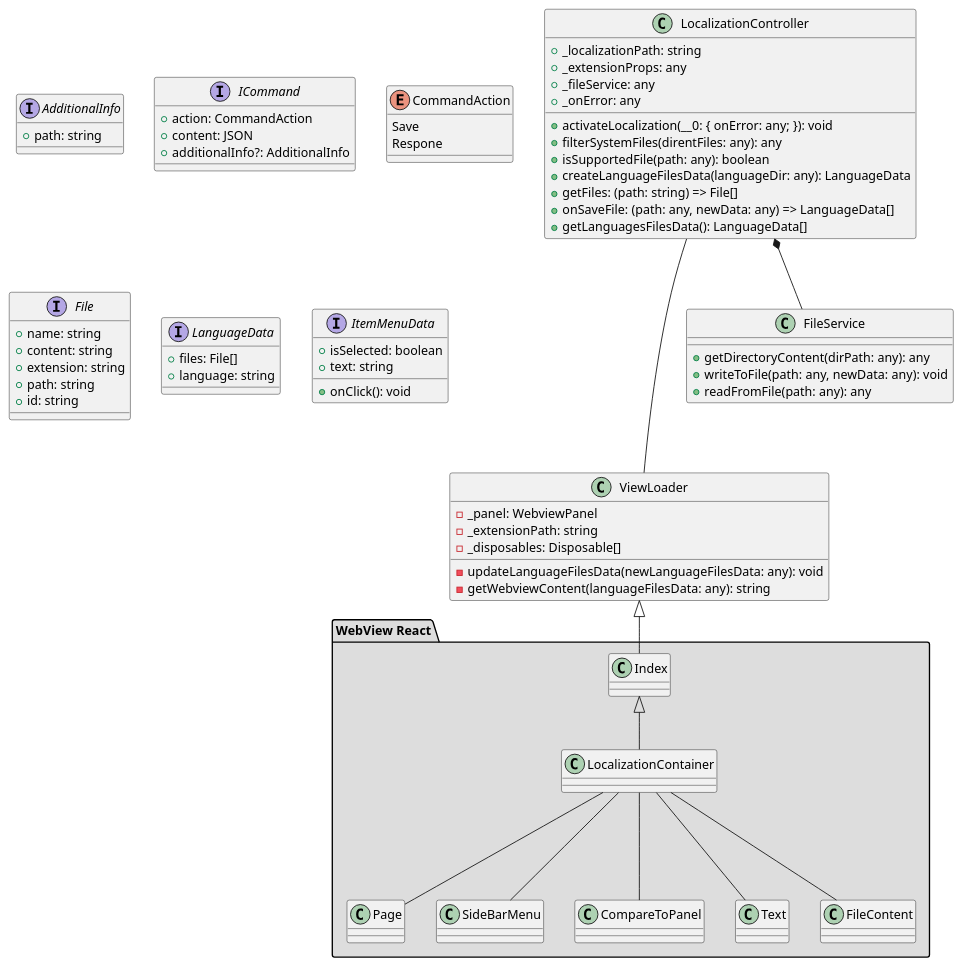
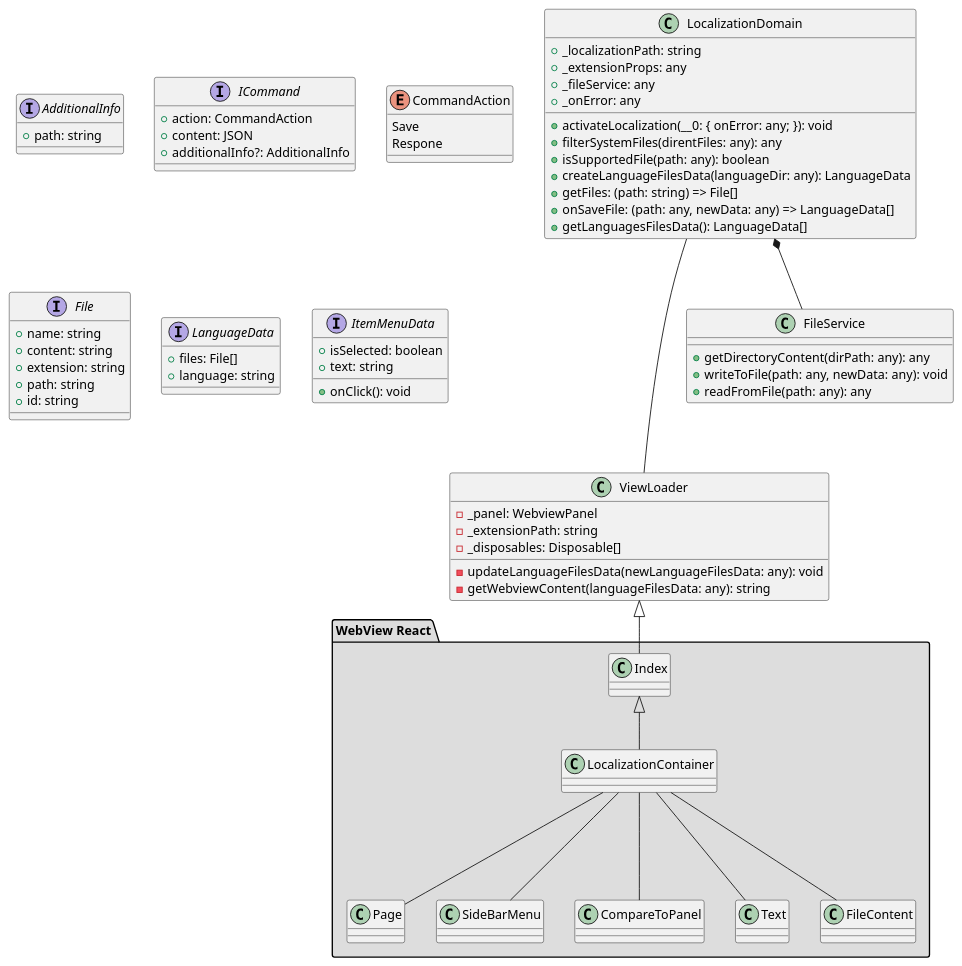
The diagram in diagrams/localization.puml (wolfj123/PolicyModelsPlugin), drawn with PlantUML before and after one commit. The commit also changed 18 other files, not shown here.

```diff
--- a/diagrams/localization.puml
+++ b/diagrams/localization.puml
@@ -1,84 +1,84 @@
 @startuml
 
 interface AdditionalInfo {
     +path: string
 }
 interface ICommand {
     +action: CommandAction
     +content: JSON
     +additionalInfo?: AdditionalInfo
 }
 enum CommandAction {
     Save
     Respone
 }
 interface File {
     +name: string
     +content: string
     +extension: string
     +path: string
     +id: string
 }
 interface LanguageData {
     +files: File[]
     +language: string
 }
 interface ItemMenuData {
     +isSelected: boolean
     +onClick(): void
     +text: string
 }
 
 class ViewLoader {
     -_panel: WebviewPanel
     -_extensionPath: string
     -_disposables: Disposable[]
     -updateLanguageFilesData(newLanguageFilesData: any): void
     -getWebviewContent(languageFilesData: any): string
 }
 
 
-class LocalizationController {
+class LocalizationDomain {
     +_localizationPath: string
     +_extensionProps: any
     +_fileService: any
     +_onError: any
     +activateLocalization(__0: { onError: any; }): void
     +filterSystemFiles(direntFiles: any): any
     +isSupportedFile(path: any): boolean
     +createLanguageFilesData(languageDir: any): LanguageData
     +getFiles: (path: string) => File[]
     +onSaveFile: (path: any, newData: any) => LanguageData[]
     +getLanguagesFilesData(): LanguageData[]
 }
 
-LocalizationController *-- FileService
-LocalizationController --- ViewLoader
+LocalizationDomain *-- FileService
+LocalizationDomain --- ViewLoader
 
 
 
 class FileService {
     +getDirectoryContent(dirPath: any): any
     +writeToFile(path: any, newData: any): void
     +readFromFile(path: any): any
 }
 
 
 package "WebView React" #DDDDDD {
  ViewLoader <|--Index
   class Index {}
   class LocalizationContainer{}
   class Page{}
   class SideBarMenu{}
   class CompareToPanel{}
   class Text{}
   class FileContent{}
 
   Index <|-- LocalizationContainer
   LocalizationContainer --- Page
   LocalizationContainer --- SideBarMenu
   LocalizationContainer --- CompareToPanel
   LocalizationContainer --- Text
   LocalizationContainer --- FileContent
 }
 @enduml
```
